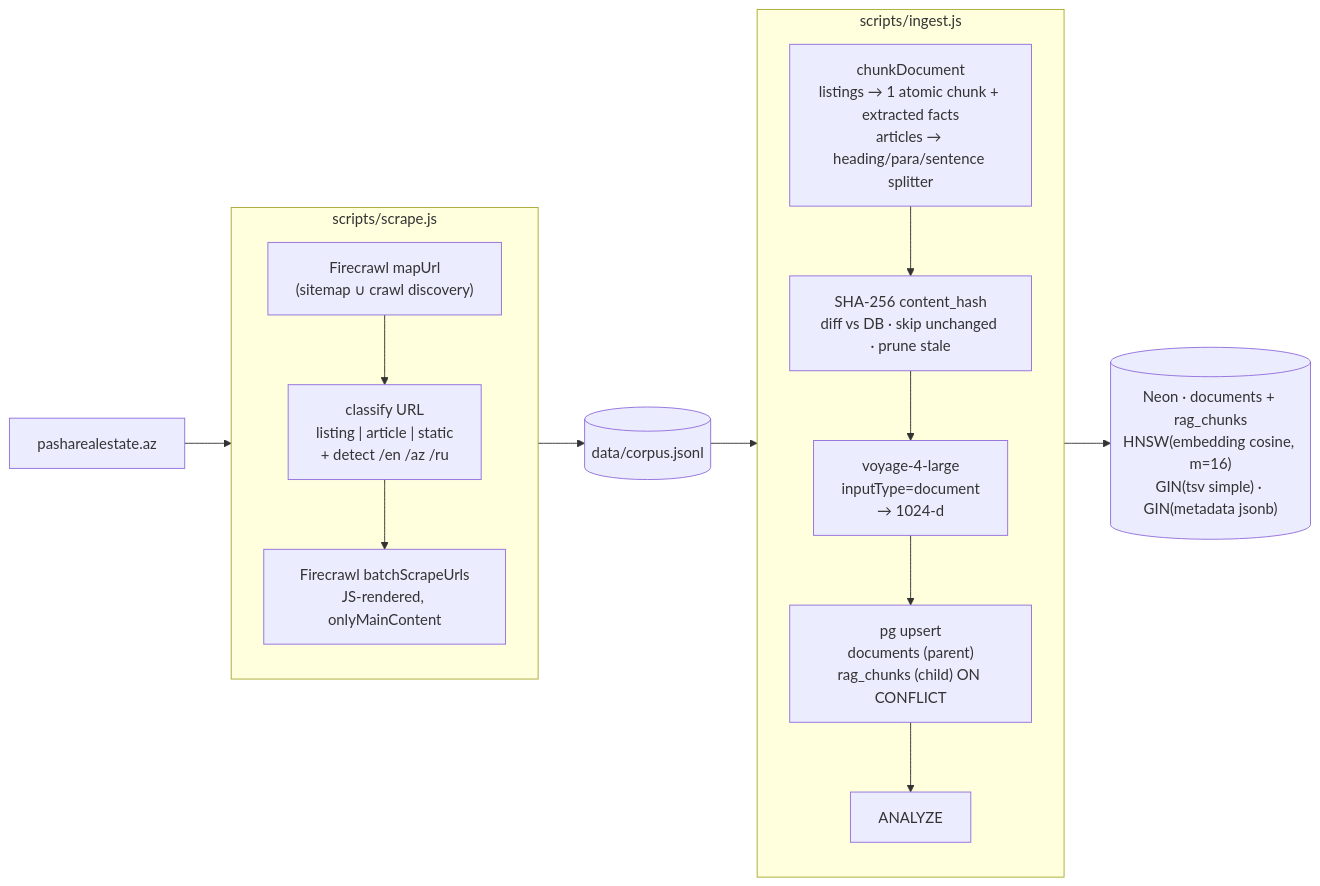
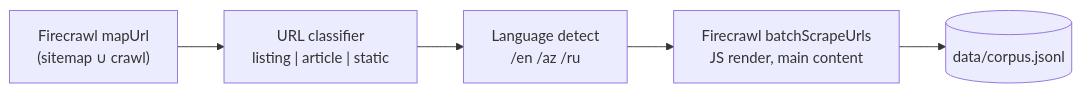
Before and after one commit to ismatsamadov/real_estate_rag: the third of 10 diagrams in README.md, drawn with Mermaid. The commit also changed other lines of this file and 10 other files, not shown here.

````diff
--- a/README.md
+++ b/README.md
@@ -41,27 +376,7 @@
 ```mermaid
 flowchart LR
-    SITE["pasharealestate.az"] --> SCR
-
-    subgraph SCR["scripts/scrape.js"]
-        direction TB
-        S1["Firecrawl mapUrl<br/>(sitemap ∪ crawl discovery)"]
-        S2["classify URL<br/>listing | article | static<br/>+ detect /en /az /ru"]
-        S3["Firecrawl batchScrapeUrls<br/>JS-rendered, onlyMainContent"]
-        S1 --> S2 --> S3
-    end
-
-    SCR --> JSONL[("data/corpus.jsonl")]
-    JSONL --> ING
-
-    subgraph ING["scripts/ingest.js"]
-        direction TB
-        I1["chunkDocument<br/>listings → 1 atomic chunk + extracted facts<br/>articles → heading/para/sentence splitter"]
-        I2["SHA-256 content_hash<br/>diff vs DB · skip unchanged · prune stale"]
-        I3["voyage-4-large<br/>inputType=document<br/>→ 1024-d"]
-        I4["pg upsert<br/>documents (parent)<br/>rag_chunks (child) ON CONFLICT"]
-        I5["ANALYZE"]
-        I1 --> I2 --> I3 --> I4 --> I5
-    end
-
-    ING --> DB[("Neon · documents + rag_chunks<br/>HNSW(embedding cosine, m=16)<br/>GIN(tsv simple) · GIN(metadata jsonb)")]
+    A["Firecrawl mapUrl<br/>(sitemap ∪ crawl)"] --> B["URL classifier<br/>listing | article | static"]
+    B --> C["Language detect<br/>/en /az /ru"]
+    C --> D["Firecrawl batchScrapeUrls<br/>JS render, main content"]
+    D --> E[("data/corpus.jsonl")]
 ```
````
